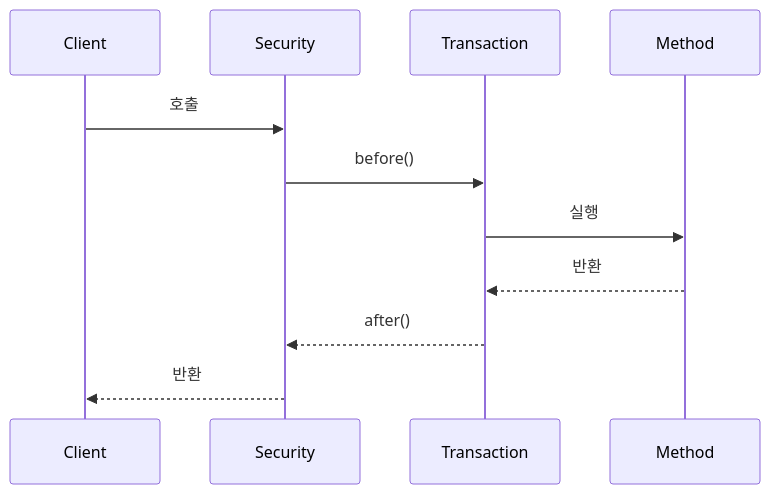
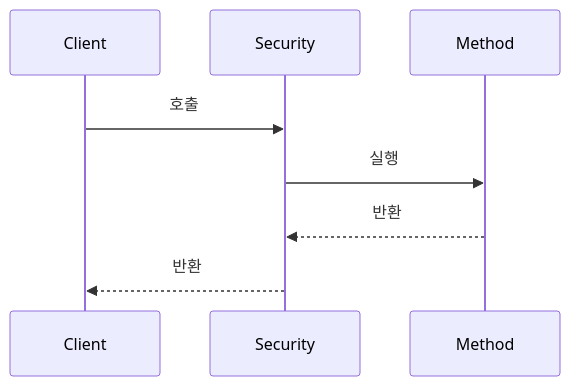
The fifth of 5 diagrams in _posts/spring/2026-05-01-spring-aop.md (yjkim2015/yjkim2015.github.io), drawn with Mermaid before and after one commit. The commit also changed other lines of this file and 155 other files, not shown here.

First line of the commit message:
Mermaid 전면 수정: subgraph 제거, participant/노드/줄수 축소 (342블록)

````diff
--- a/_posts/spring/2026-05-01-spring-aop.md
+++ b/_posts/spring/2026-05-01-spring-aop.md
@@ -505,13 +504,10 @@
 ```mermaid
 sequenceDiagram
     participant C as Client
     participant SA as Security
-    participant TA as Transaction
     participant M as Method
     C->>SA: 호출
-    SA->>TA: before()
-    TA->>M: 실행
-    M-->>TA: 반환
-    TA-->>SA: after()
+    SA->>M: 실행
+    M-->>SA: 반환
     SA-->>C: 반환
 ```
````
